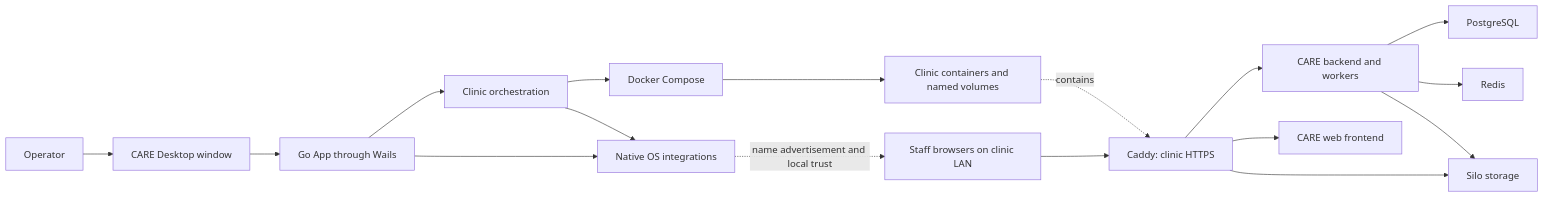
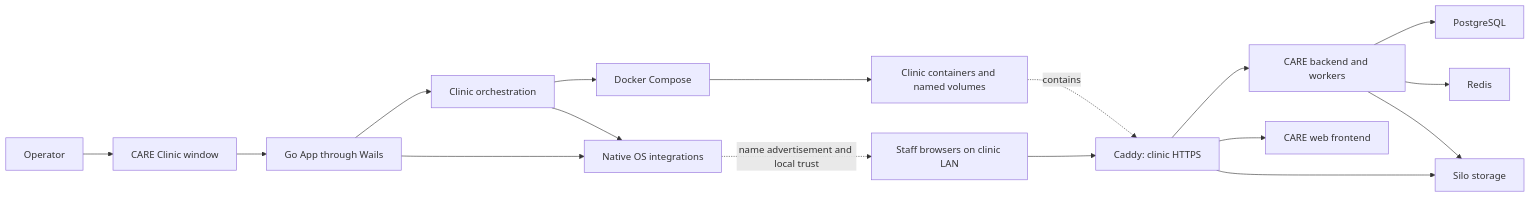
One commit to ohcnetwork/care_clinic changed the first of 3 diagrams in docs/architecture.md. Above: the diagram before and after it, drawn with Mermaid. The commit also changed other lines of this file and 145 other files, not shown here.

First line of the commit message:
Rename CARE Desktop to CARE Clinic

````diff
--- a/docs/architecture.md
+++ b/docs/architecture.md
@@ -41,19 +41,19 @@
 ```mermaid
 flowchart LR
-    Operator["Operator"] --> Desktop["CARE Desktop window"]
+    Operator["Operator"] --> Desktop["CARE Clinic window"]
     Desktop --> App["Go App through Wails"]
     App --> Engine["Clinic orchestration"]
     Engine --> Docker["Docker Compose"]
     App --> Native["Native OS integrations"]
     Engine --> Native
     Staff["Staff browsers on clinic LAN"] --> Caddy["Caddy: clinic HTTPS"]
     Docker --> Stack["Clinic containers and named volumes"]
     Caddy --> API["CARE backend and workers"]
     Caddy --> Web["CARE web frontend"]
     Caddy --> Files["Silo storage"]
     API --> DB["PostgreSQL"]
     API --> Redis["Redis"]
     API --> Files
     Stack -. "contains" .-> Caddy
     Native -. "name advertisement and local trust" .-> Staff
 ```
````
